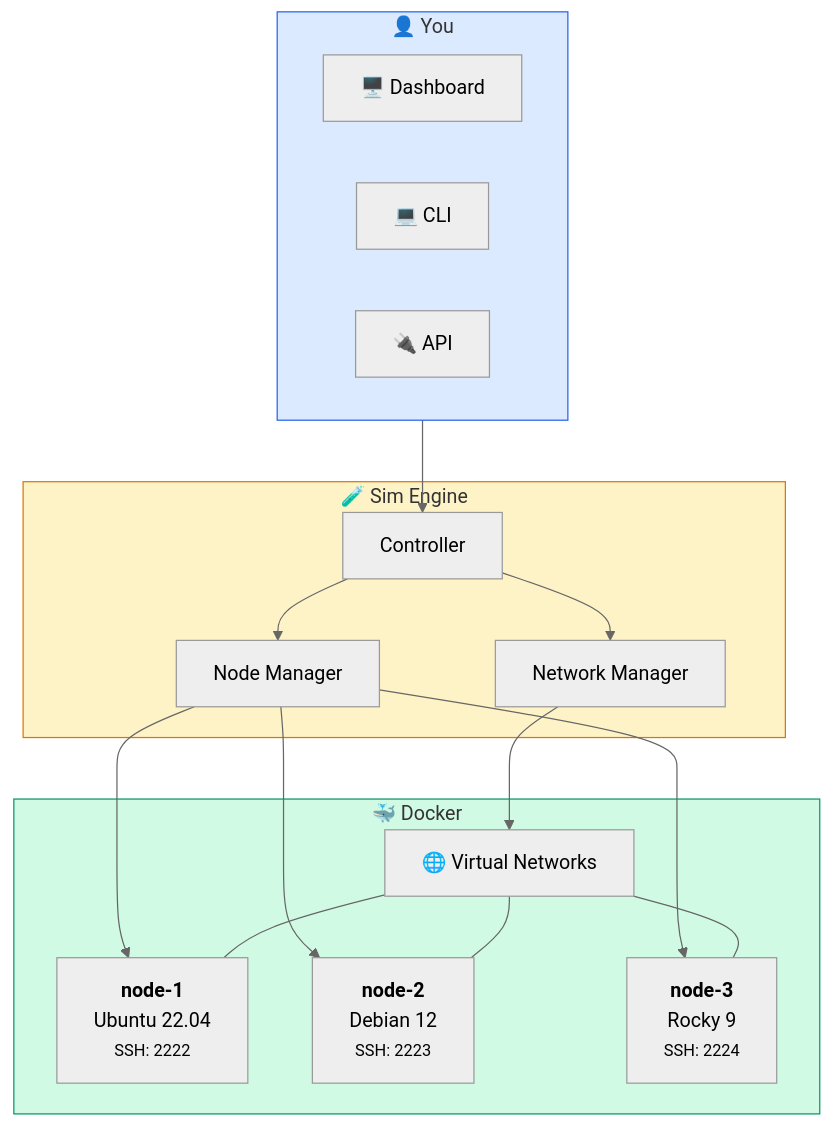
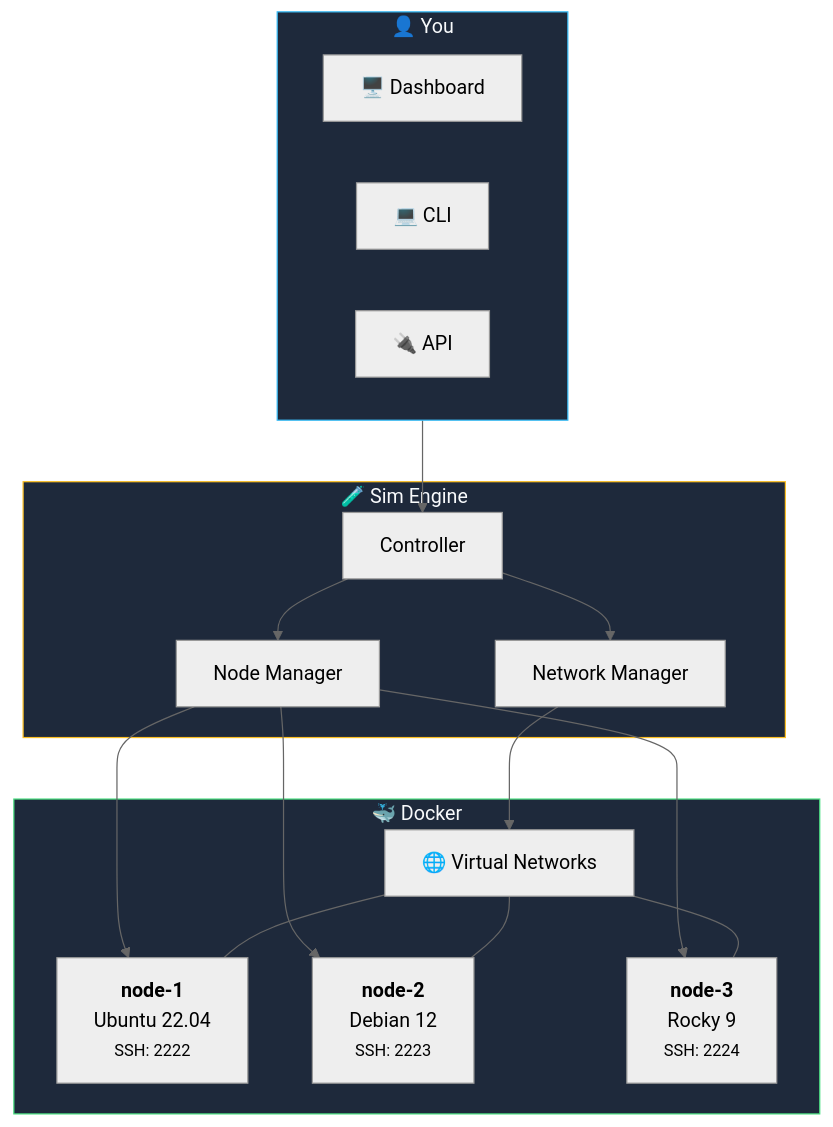
One commit to KombiverseLabs/docs changed the second of 4 diagrams in sim/overview.mdx. Above: the diagram before and after it, drawn with Mermaid (neutral theme). The commit also changed other lines of this file and 33 other files, not shown here.

````diff
--- a/sim/overview.mdx
+++ b/sim/overview.mdx
@@ -76,32 +74,32 @@
 ```mermaid
 flowchart TB
     subgraph You["👤 You"]
         direction LR
         Dashboard["🖥️ Dashboard"]
         CLI["💻 CLI"]
         API["🔌 API"]
     end
     
     subgraph Sim["🧪 Sim Engine"]
         Controller["Controller"]
         NodeMgr["Node Manager"]
         NetMgr["Network Manager"]
     end
     
     subgraph Docker["🐳 Docker"]
         N1["<b>node-1</b><br/>Ubuntu 22.04<br/><small>SSH: 2222</small>"]
         N2["<b>node-2</b><br/>Debian 12<br/><small>SSH: 2223</small>"]
         N3["<b>node-3</b><br/>Rocky 9<br/><small>SSH: 2224</small>"]
         Net["🌐 Virtual Networks"]
     end
     
     You --> Controller
     Controller --> NodeMgr & NetMgr
     NodeMgr --> N1 & N2 & N3
     NetMgr --> Net
     Net --- N1 & N2 & N3
     
-    style You fill:#dbeafe,stroke:#2563eb
-    style Sim fill:#fef3c7,stroke:#d97706
-    style Docker fill:#d1fae5,stroke:#059669
+    style You fill:#1e293b,stroke:#38bdf8,color:#f8fafc
+    style Sim fill:#1e293b,stroke:#fbbf24,color:#f8fafc
+    style Docker fill:#1e293b,stroke:#4ade80,color:#f8fafc
 ```
````
